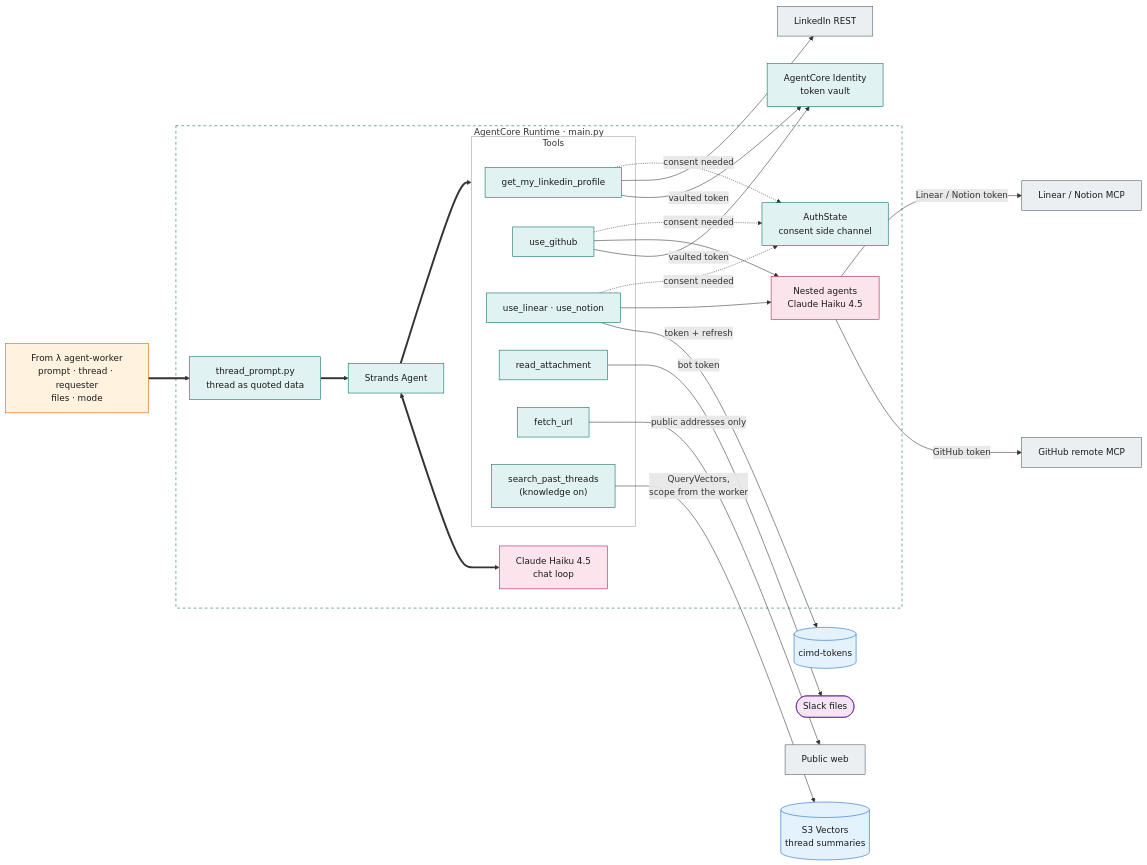
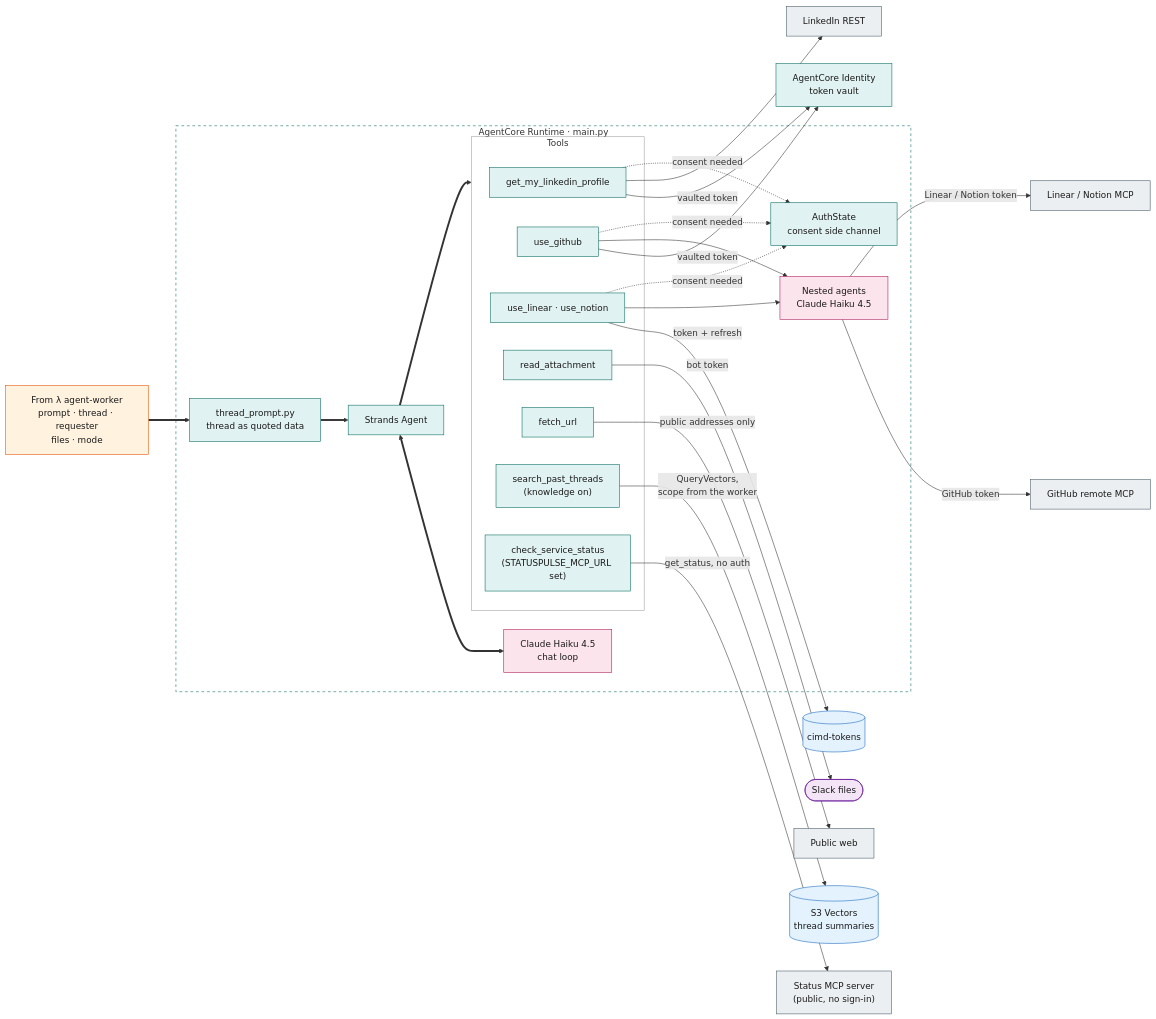
The fifth of 14 diagrams in docs/architecture.md (agent-runtime-labs/slack-agentcore-app), drawn with Mermaid before and after one commit. The commit also changed other lines of this file and 18 other files, not shown here.

First line of the commit message:
Add service status cards: public status MCP server answered as Block Kit

````diff
--- a/docs/architecture.md
+++ b/docs/architecture.md
@@ -175,55 +175,58 @@
 ```mermaid
 flowchart LR
     IN["From λ agent-worker<br/>prompt · thread · requester<br/>files · mode"]:::aws
 
     subgraph RT["AgentCore Runtime · main.py"]
         PR["thread_prompt.py<br/>thread as quoted data"]:::agentcore
         AG["Strands Agent"]:::agentcore
         LLM["Claude Haiku 4.5<br/>chat loop"]:::model
         AS["AuthState<br/>consent side channel"]:::agentcore
 
         subgraph TOOLS["Tools"]
             T1["get_my_linkedin_profile"]:::agentcore
             T2["use_github"]:::agentcore
             T3["use_linear · use_notion"]:::agentcore
             T4["read_attachment"]:::agentcore
             T5["fetch_url"]:::agentcore
             T6["search_past_threads<br/>(knowledge on)"]:::agentcore
+            T7["check_service_status<br/>(STATUSPULSE_MCP_URL set)"]:::agentcore
         end
 
         NA["Nested agents<br/>Claude Haiku 4.5"]:::model
     end
 
     ID["AgentCore Identity<br/>token vault"]:::agentcore
     TOK[("cimd-tokens")]:::data
     LI["LinkedIn REST"]:::ext
     GHM["GitHub remote MCP"]:::ext
     CM["Linear / Notion MCP"]:::ext
     SF(["Slack files"]):::slack
     WEB["Public web"]:::ext
     VEC[("S3 Vectors<br/>thread summaries")]:::data
+    SPM["Status MCP server<br/>(public, no sign-in)"]:::ext
 
     IN ==> PR ==> AG
     AG <==> LLM
     AG ==> TOOLS
     T1 & T2 -- "vaulted token" --> ID
     T3 -- "token + refresh" --> TOK
     T1 --> LI
     T2 --> NA
     T3 --> NA
     NA -- "GitHub token" --> GHM
     NA -- "Linear / Notion token" --> CM
     T4 -- "bot token" --> SF
     T5 -- "public addresses only" --> WEB
     T6 -- "QueryVectors,<br/>scope from the worker" --> VEC
+    T7 -- "get_status, no auth" --> SPM
     T1 & T2 & T3 -. "consent needed" .-> AS
 
     style RT fill:none,stroke:#00695c,stroke-dasharray:5 5
     style TOOLS fill:none,stroke:#9e9e9e
     classDef slack fill:#f3e5f5,stroke:#6a1b9a,color:#1a1a1a
     classDef aws fill:#fff3e0,stroke:#e65100,color:#1a1a1a
     classDef data fill:#e3f2fd,stroke:#1565c0,color:#1a1a1a
     classDef agentcore fill:#e0f2f1,stroke:#00695c,color:#1a1a1a
     classDef model fill:#fce4ec,stroke:#ad1457,color:#1a1a1a
     classDef ext fill:#eceff1,stroke:#455a64,color:#1a1a1a
 ```
````
